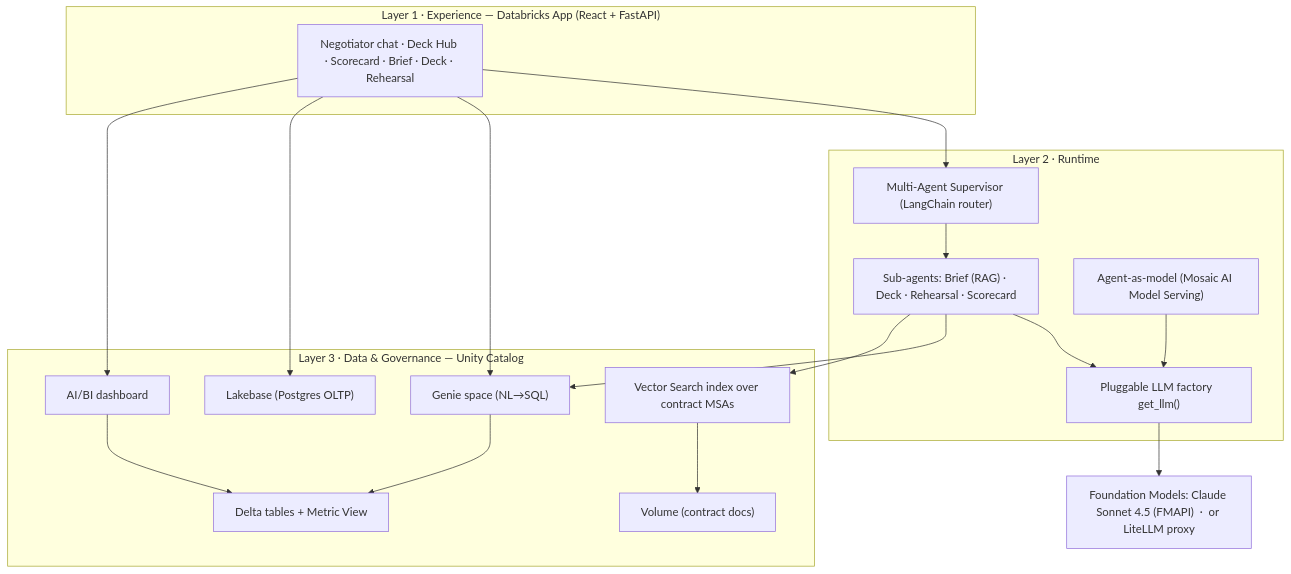
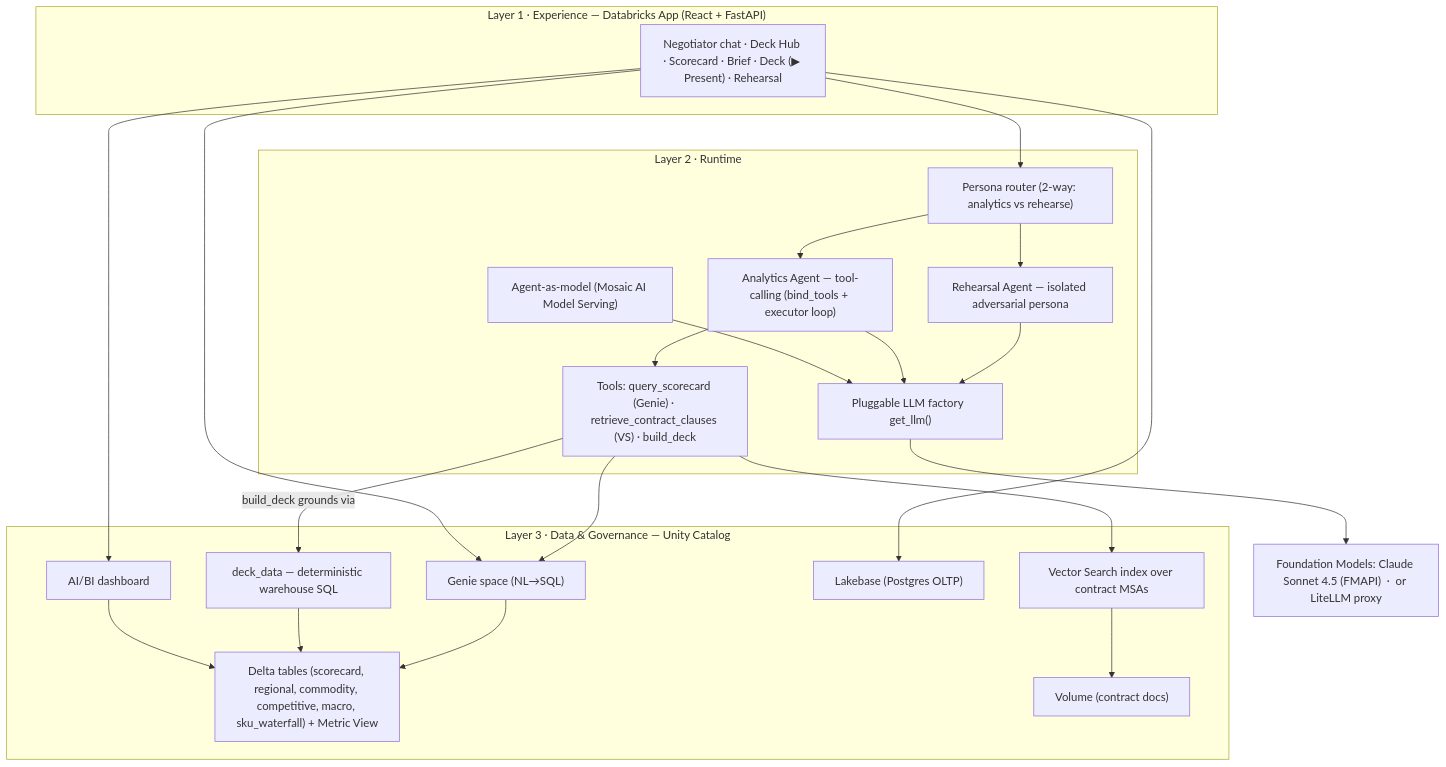
One commit to sprakash277/cogs-negotiation-agent changed the diagram in ARCHITECTURE.md. Above: the diagram before and after it, drawn with Mermaid. The commit also changed other lines of this file and 28 other files, not shown here.

````diff
--- a/ARCHITECTURE.md
+++ b/ARCHITECTURE.md
@@ -29,32 +29,39 @@
 ```mermaid
 flowchart TB
   subgraph L1["Layer 1 · Experience — Databricks App (React + FastAPI)"]
-    UI["Negotiator chat · Deck Hub · Scorecard · Brief · Deck · Rehearsal"]
+    UI["Negotiator chat · Deck Hub · Scorecard · Brief · Deck (▶ Present) · Rehearsal"]
   end
 
   subgraph L2["Layer 2 · Runtime"]
-    SUP["Multi-Agent Supervisor (LangChain router)"]
+    ROUTER["Persona router (2-way: analytics vs rehearse)"]
+    ANALYST["Analytics Agent — tool-calling (bind_tools + executor loop)"]
+    REHEARSE["Rehearsal Agent — isolated adversarial persona"]
+    TOOLS["Tools: query_scorecard (Genie) · retrieve_contract_clauses (VS) · build_deck"]
     LLM["Pluggable LLM factory  get_llm()"]
-    AGENTS["Sub-agents: Brief (RAG) · Deck · Rehearsal · Scorecard"]
     SERVED["Agent-as-model (Mosaic AI Model Serving)"]
   end
 
   subgraph L3["Layer 3 · Data & Governance — Unity Catalog"]
-    DELTA["Delta tables + Metric View"]
+    DELTA["Delta tables (scorecard, regional, commodity, competitive, macro, sku_waterfall) + Metric View"]
     GENIE["Genie space (NL→SQL)"]
+    DD["deck_data — deterministic warehouse SQL"]
     VS["Vector Search index over contract MSAs"]
     VOL["Volume (contract docs)"]
     LB["Lakebase (Postgres OLTP)"]
     BI["AI/BI dashboard"]
   end
 
   PROV["Foundation Models: Claude Sonnet 4.5 (FMAPI)  ·  or LiteLLM proxy"]
 
-  UI --> SUP --> AGENTS --> LLM --> PROV
-  AGENTS --> GENIE --> DELTA
-  AGENTS --> VS --> VOL
+  UI --> ROUTER
+  ROUTER --> ANALYST --> TOOLS
+  ROUTER --> REHEARSE --> LLM
+  TOOLS --> GENIE --> DELTA
+  TOOLS --> VS --> VOL
+  ANALYST --> LLM --> PROV
+  TOOLS -- build_deck grounds via --> DD --> DELTA
   UI --> GENIE
   UI --> LB
   UI --> BI --> DELTA
   SERVED --> LLM
 ```
````
